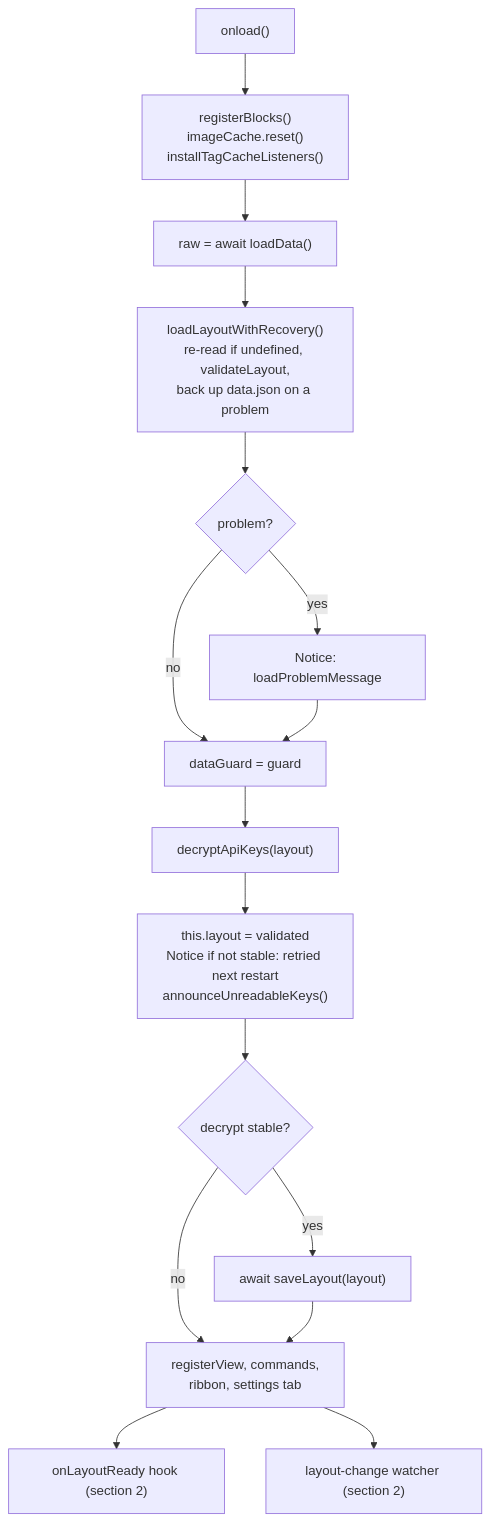
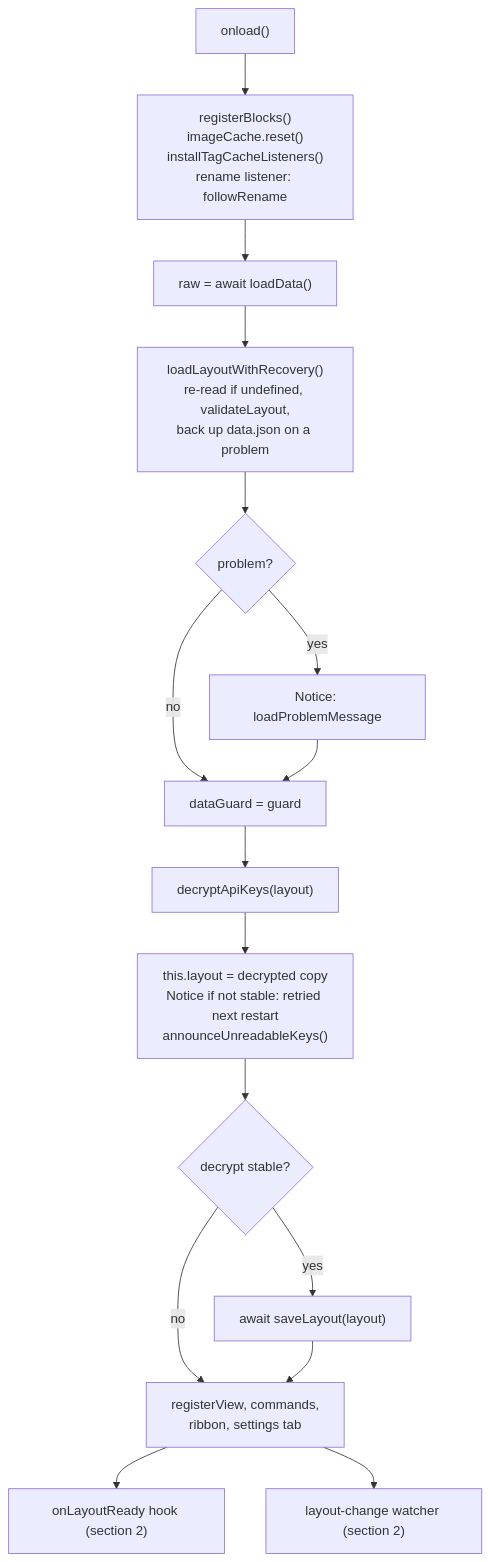
The second of 15 diagrams in docs/flows.md (acaprino/obsidian-plugin-homepage), drawn with Mermaid before and after one commit. The commit also changed other lines of this file and 10 other files, not shown here.

Commit message:
docs: developer docs follow the X-ray fixes (sync reload, import, reset, voice, grid)

````diff
--- a/docs/flows.md
+++ b/docs/flows.md
@@ -97,18 +103,18 @@
 ```mermaid
 flowchart TD
-  A["onload()"] --> B["registerBlocks()<br/>imageCache.reset()<br/>installTagCacheListeners()"]
+  A["onload()"] --> B["registerBlocks()<br/>imageCache.reset()<br/>installTagCacheListeners()<br/>rename listener: followRename"]
   B --> C["raw = await loadData()"]
   C --> D["loadLayoutWithRecovery()<br/>re-read if undefined, validateLayout,<br/>back up data.json on a problem"]
   D --> E{"problem?"}
   E -- "yes" --> F["Notice: loadProblemMessage"]
   E -- "no" --> G
   F --> G["dataGuard = guard"]
   G --> H["decryptApiKeys(layout)"]
-  H --> I["this.layout = validated<br/>Notice if not stable: retried next restart<br/>announceUnreadableKeys()"]
+  H --> I["this.layout = decrypted copy<br/>Notice if not stable: retried next restart<br/>announceUnreadableKeys()"]
   I --> J{"decrypt stable?"}
   J -- "yes" --> K["await saveLayout(layout)"]
   J -- "no" --> M
   K --> M["registerView, commands,<br/>ribbon, settings tab"]
   M --> N["onLayoutReady hook (section 2)"]
   M --> O["layout-change watcher (section 2)"]
 ```
````
